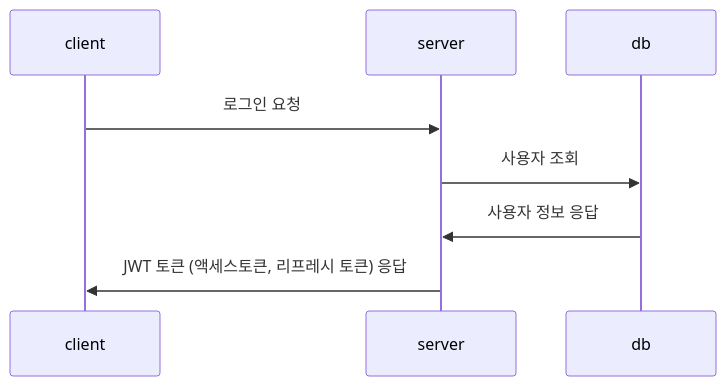
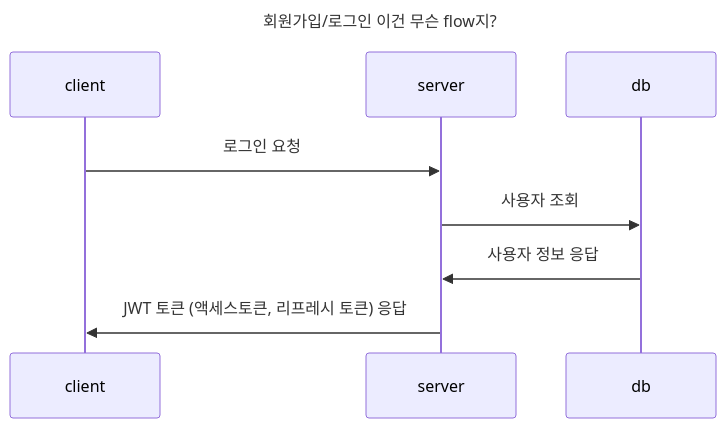
The second of 4 diagrams in Flowchart.md (jay91537/CourtNet), drawn with Mermaid before and after one commit. The commit also changed other lines of this file, not shown here.

First line of the commit message:
Docs : Flowchart 수정 및 추가

````diff
--- a/Flowchart.md
+++ b/Flowchart.md
@@ -27,10 +27,13 @@
 ```mermaid
+---
+title : 회원가입/로그인 이건 무슨 flow지?
+---
 sequenceDiagram
 	participant client
 	participant server
 	participant db
 	client->>server: 로그인 요청
 	server->>db: 사용자 조회
 	db->>server: 사용자 정보 응답
 	server->>client: JWT 토큰 (액세스토큰, 리프레시 토큰) 응답
 ```
````
